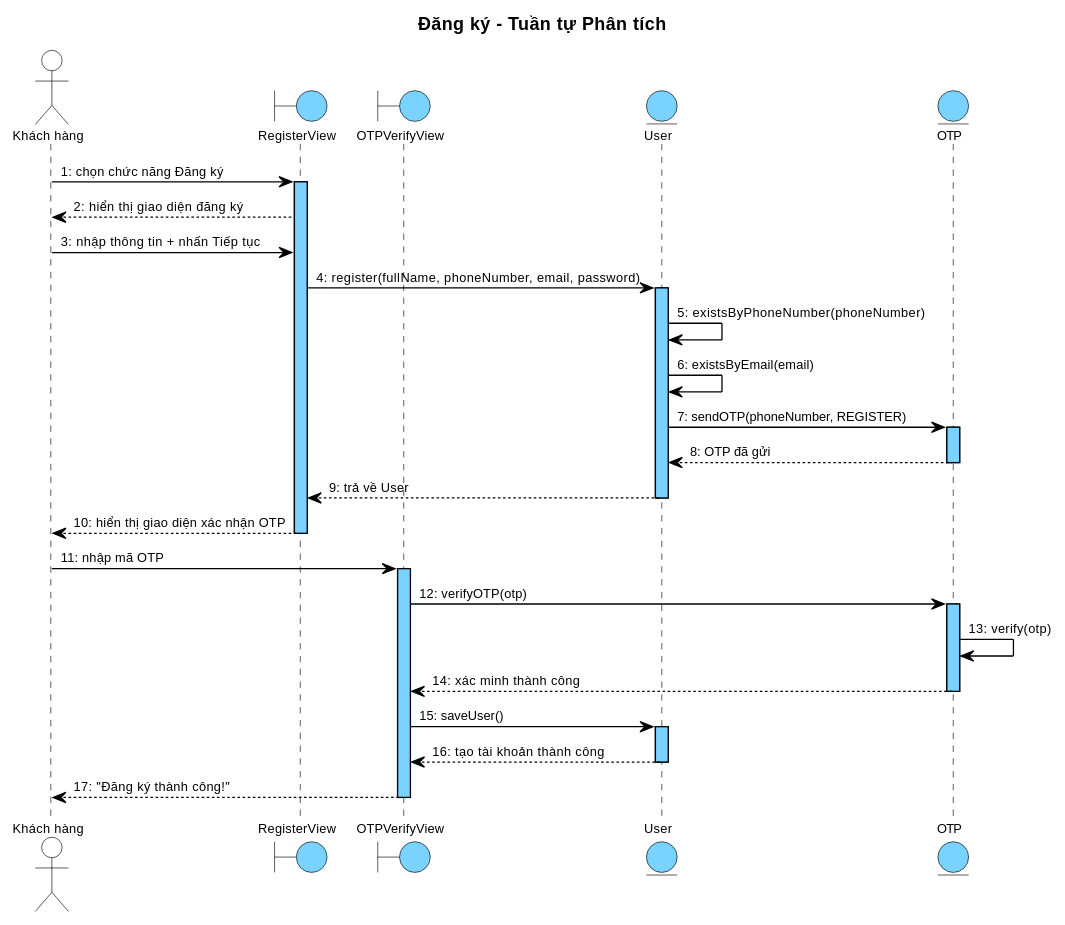
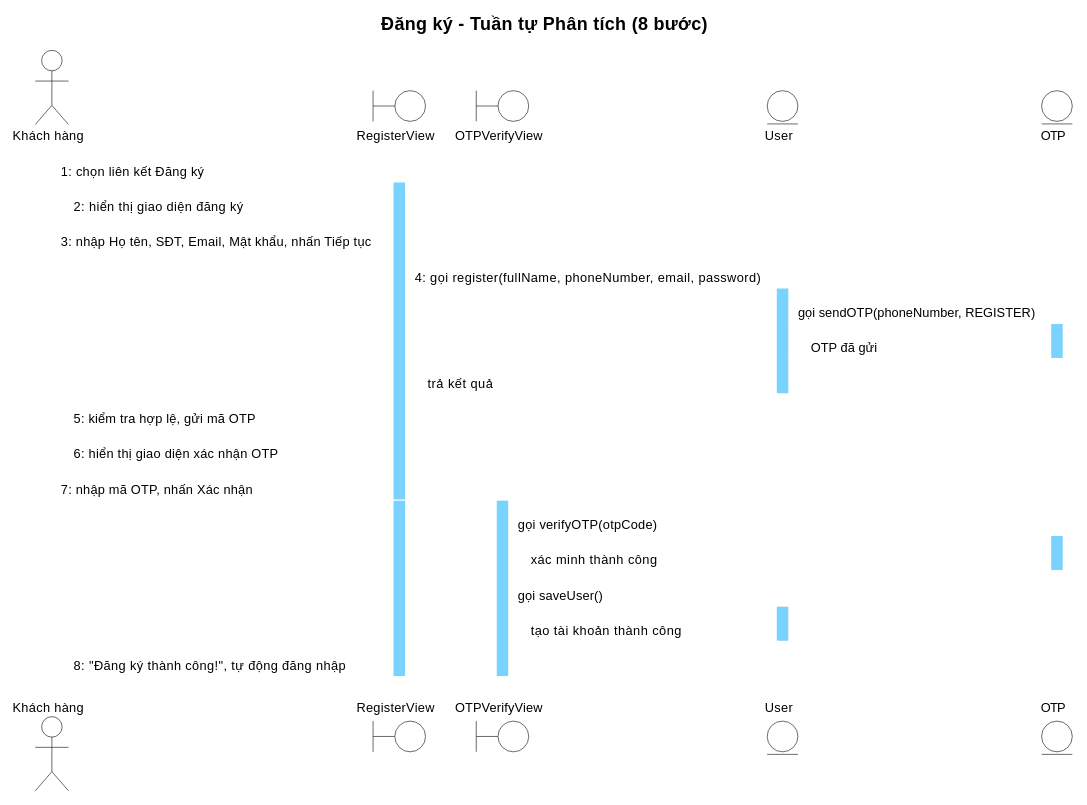
One commit to thanhtrnnn/cnpm changed the fourth of 7 diagrams in docs/tabs/section-account-ii.md. Above: the diagram before and after it, drawn with PlantUML. The commit also changed other lines of this file and 16 other files, not shown here.

First line of the commit message:
feat: strict step alignment + blue diagrams + native bullets

````diff
--- a/docs/tabs/section-account-ii.md
+++ b/docs/tabs/section-account-ii.md
@@ -441,9 +423,13 @@
 @startuml
 skinparam shadowing false
 skinparam SequenceMessageAlign left
-
 skinparam SequenceLifeLineBackgroundColor #7AD2FF
 skinparam SequenceLifeLineBorderColor #000000
+skinparam sequenceParticipantBackgroundColor #7AD2FF
+skinparam sequenceParticipantBorderColor #000000
+skinparam sequenceParticipantFontColor #000000
+skinparam sequenceArrowColor #000000
+skinparam sequenceArrowFontColor #000000
 
 <style>
 sequenceDiagram {
@@ -452,79 +438,49 @@
   FontName "Arial"
   FontSize 10
   FontColor #000000
-
-  participant {
-    BackgroundColor #7AD2FF
-    LineColor #000000
-    LineThickness 1
-  }
-
-  actor {
-    BackgroundColor transparent
-    LineColor #000000
-  }
-  boundary {
-    BackgroundColor #7AD2FF
-    LineColor #000000
-  }
-  control {
-    BackgroundColor #7AD2FF
-    LineColor #000000
-  }
-  entity {
-    BackgroundColor #7AD2FF
-    LineColor #000000
-  }
-
-  lifeline {
-    LineColor #000000
-    LineStyle 5-5
-  }
-
-  arrow {
-    LineColor #000000
-    LineThickness 1
-    FontSize 10
-  }
+  participant { BackgroundColor #7AD2FF LineColor #000000 LineThickness 1 }
+  actor { BackgroundColor transparent LineColor #000000 }
+  boundary { BackgroundColor #7AD2FF LineColor #000000 }
+  control { BackgroundColor #7AD2FF LineColor #000000 }
+  entity { BackgroundColor #7AD2FF LineColor #000000 }
+  lifeline { LineColor #000000 LineStyle 5-5 }
+  arrow { LineColor #000000 LineThickness 1 FontSize 10 }
 }
 </style>
-title Đăng ký – Tuần tự Phân tích
+title Đăng ký – Tuần tự Phân tích (8 bước)
 
-actor "Khách hàng" as KH
+actor "Khách hàng" as Actor
 boundary RegisterView as B1
 boundary OTPVerifyView as B2
 entity User as E1
 entity OTP as E2
 
-KH -> B1 : 1: chọn chức năng Đăng ký
+Actor -> B1 : 1: chọn liên kết Đăng ký
 activate B1
-B1 --> KH : 2: hiển thị giao diện đăng ký
-KH -> B1 : 3: nhập thông tin + nhấn Tiếp tục
-B1 -> E1 : 4: register(fullName, phoneNumber, email, password)
+B1 --> Actor : 2: hiển thị giao diện đăng ký
+Actor -> B1 : 3: nhập Họ tên, SĐT, Email, Mật khẩu, nhấn Tiếp tục
+B1 -> E1 : 4: gọi register(fullName, phoneNumber, email, password)
 activate E1
-E1 -> E1 : 5: existsByPhoneNumber(phoneNumber)
-E1 -> E1 : 6: existsByEmail(email)
-E1 -> E2 : 7: sendOTP(phoneNumber, REGISTER)
+E1 -> E2 : gọi sendOTP(phoneNumber, REGISTER)
 activate E2
-E2 --> E1 : 8: OTP đã gửi
+E2 --> E1 : OTP đã gửi
 deactivate E2
-E1 --> B1 : 9: trả về User
+E1 --> B1 : trả kết quả
 deactivate E1
-B1 --> KH : 10: hiển thị giao diện xác nhận OTP
+B1 --> Actor : 5: kiểm tra hợp lệ, gửi mã OTP
+B1 --> Actor : 6: hiển thị giao diện xác nhận OTP
+Actor -> B2 : 7: nhập mã OTP, nhấn Xác nhận
+activate B2
+B2 -> E2 : gọi verifyOTP(otpCode)
+activate E2
+E2 --> B2 : xác minh thành công
+deactivate E2
+B2 -> E1 : gọi saveUser()
+activate E1
+E1 --> B2 : tạo tài khoản thành công
+deactivate E1
+B2 --> Actor : 8: "Đăng ký thành công!", tự động đăng nhập
+deactivate B2
 deactivate B1
-
-KH -> B2 : 11: nhập mã OTP
-activate B2
-B2 -> E2 : 12: verifyOTP(otp)
-activate E2
-E2 -> E2 : 13: verify(otp)
-E2 --> B2 : 14: xác minh thành công
-deactivate E2
-B2 -> E1 : 15: saveUser()
-activate E1
-E1 --> B2 : 16: tạo tài khoản thành công
-deactivate E1
-B2 --> KH : 17: "Đăng ký thành công!"
-deactivate B2
 @enduml
 ```
````
